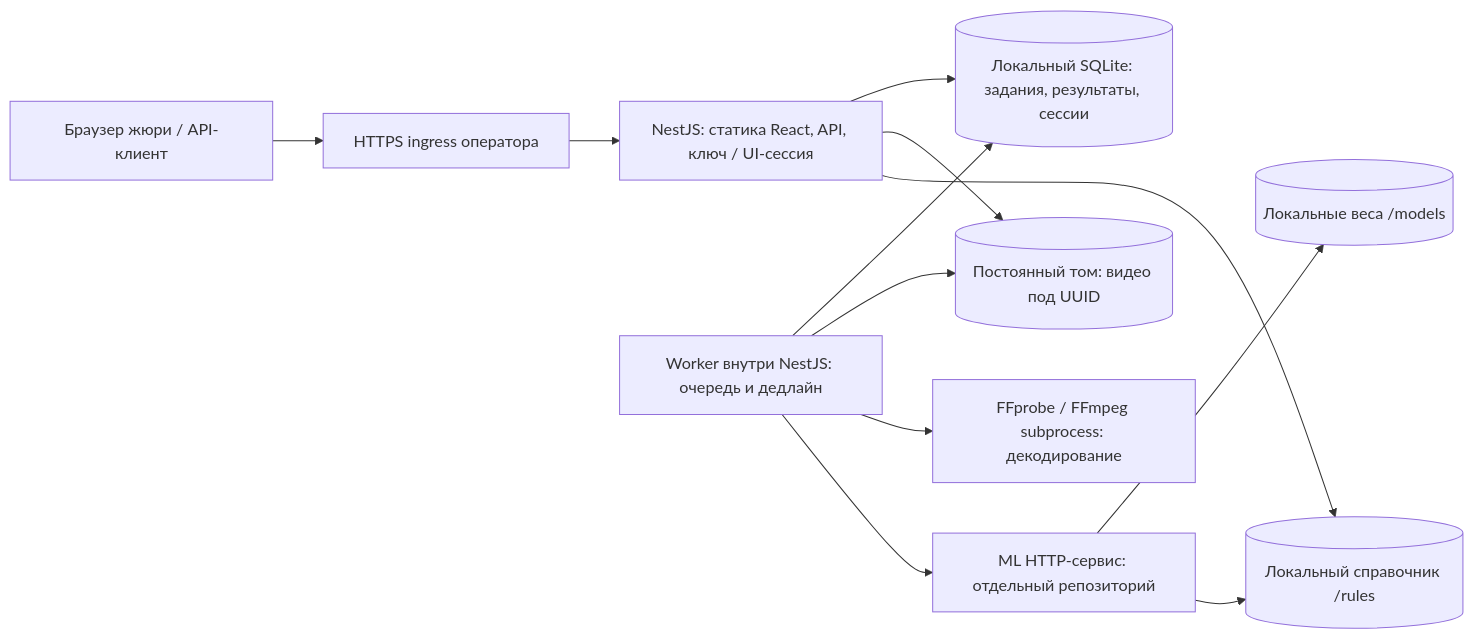
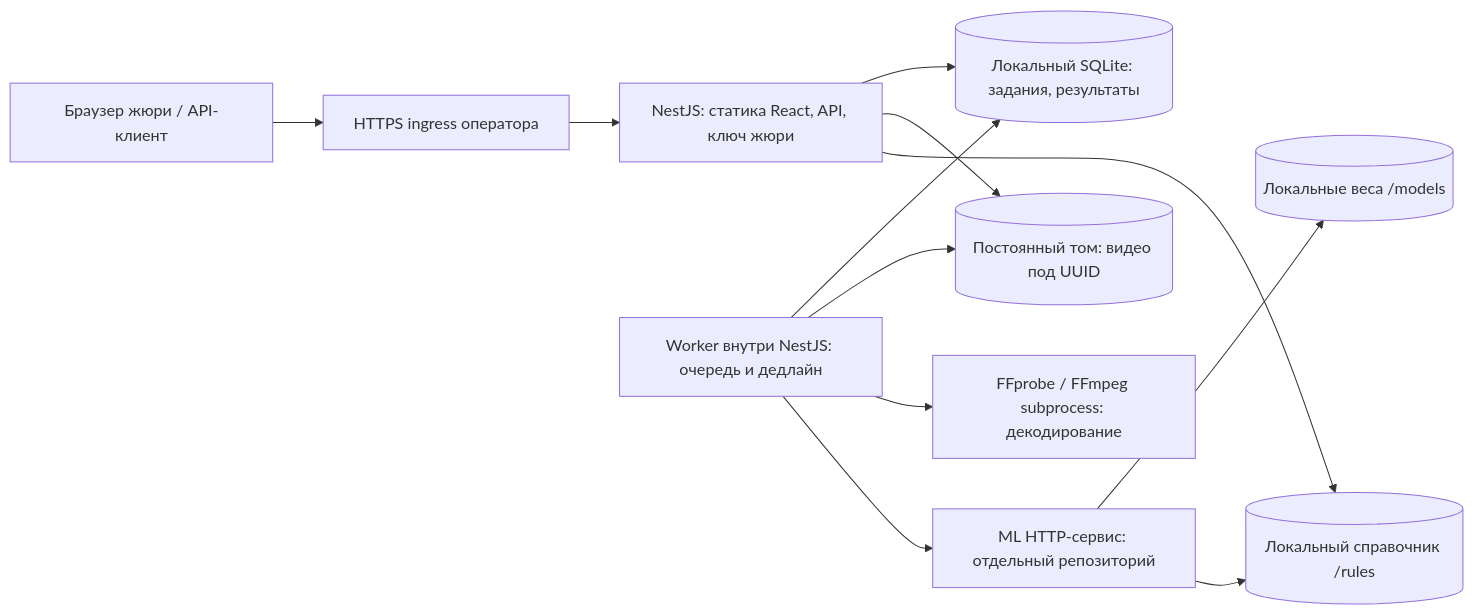
One commit to JASIK-hub/godo_fb changed the diagram in docs/architecture.md. Above: the diagram before and after it, drawn with Mermaid. The commit also changed other lines of this file and 14 other files, not shown here.

````diff
--- a/docs/architecture.md
+++ b/docs/architecture.md
@@ -21,14 +21,14 @@
 ```mermaid
 flowchart LR
     J[Браузер жюри / API-клиент] --> TLS[HTTPS ingress оператора]
-    TLS --> A[NestJS: статика React, API, ключ / UI-сессия]
-    A --> S[(Локальный SQLite: задания, результаты, сессии)]
+    TLS --> A[NestJS: статика React, API, ключ жюри]
+    A --> S[(Локальный SQLite: задания, результаты)]
     A --> V[(Постоянный том: видео под UUID)]
     W[Worker внутри NestJS: очередь и дедлайн] --> S
     W --> V
     W --> F[FFprobe / FFmpeg subprocess: декодирование]
     W --> M[ML HTTP-сервис: отдельный репозиторий]
     M --> P[(Локальные веса /models)]
     M --> R[(Локальный справочник /rules)]
     A --> R
 ```
````
